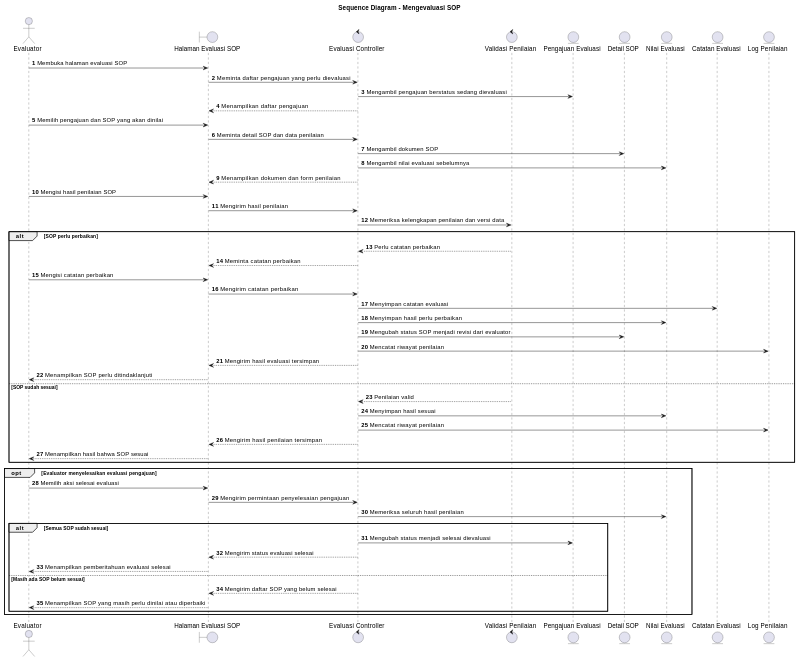
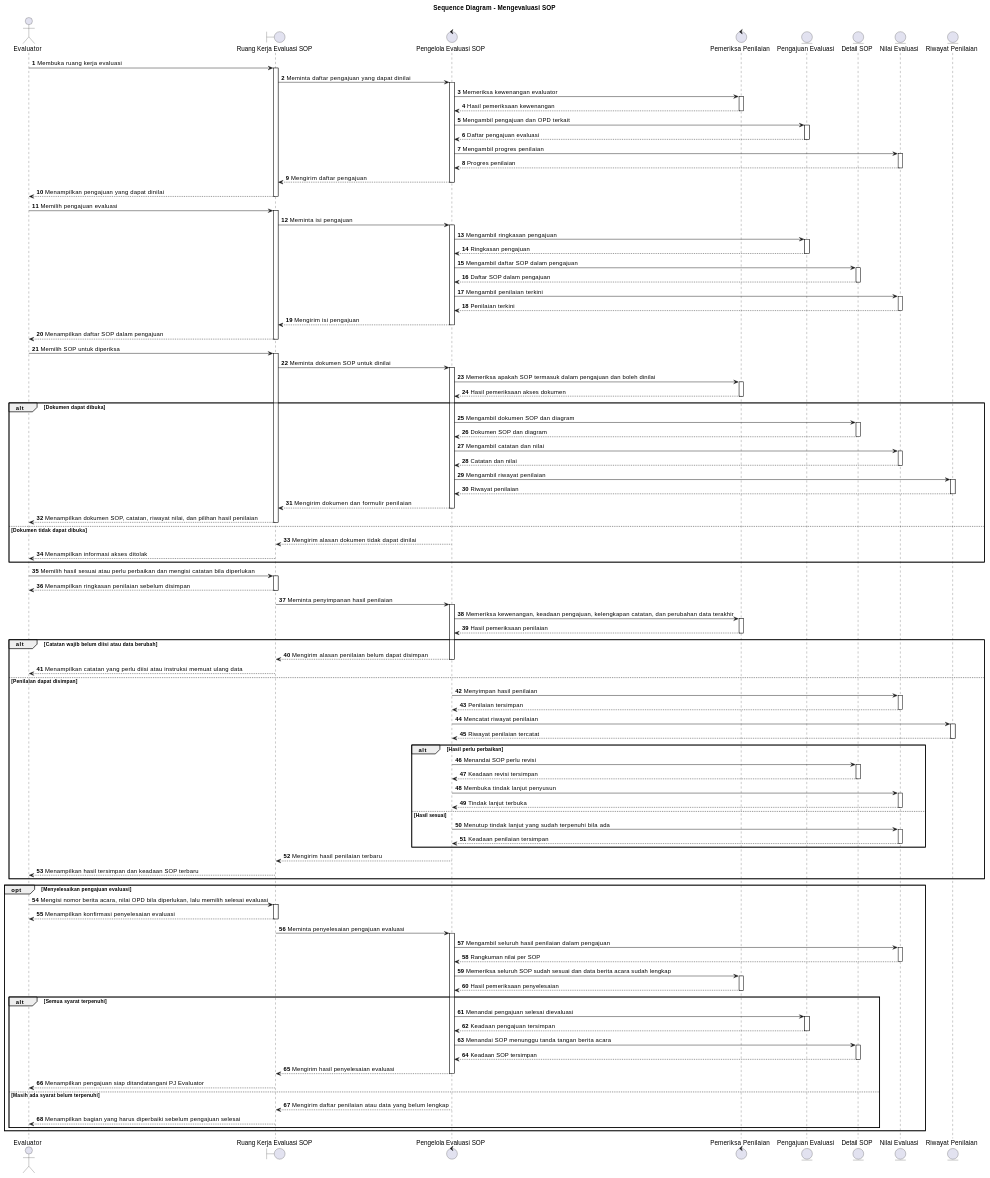
The diagram in docs/sequence/evaluator-mengevaluasi-sop.md (howlil/sop-generate-app), drawn with PlantUML before and after one commit. The commit also changed other lines of this file and 90 other files, not shown here.

```diff
--- a/docs/sequence/evaluator-mengevaluasi-sop.md
+++ b/docs/sequence/evaluator-mengevaluasi-sop.md
@@ -17,62 +17,101 @@
 @startuml
 title Sequence Diagram - Mengevaluasi SOP
 autonumber
+autoactivate on
 
-actor "Evaluator" as Aktor
-boundary "Halaman Evaluasi SOP" as UI
-control "Evaluasi Controller" as EvalCtrl
-control "Validasi Penilaian" as Validasi
+actor "Evaluator" as A
+boundary "Ruang Kerja Evaluasi SOP" as B
+control "Pengelola Evaluasi SOP" as C
+control "Pemeriksa Penilaian" as D
 entity "Pengajuan Evaluasi" as Pengajuan
-entity "Detail SOP" as Detail
+entity "Detail SOP" as DetailSOP
 entity "Nilai Evaluasi" as Nilai
-entity "Catatan Evaluasi" as Catatan
-entity "Log Penilaian" as Log
+entity "Riwayat Penilaian" as RiwayatNilai
 
-Aktor -> UI : Membuka halaman evaluasi SOP
-UI -> EvalCtrl : Meminta daftar pengajuan yang perlu dievaluasi
-EvalCtrl -> Pengajuan : Mengambil pengajuan berstatus sedang dievaluasi
-EvalCtrl --> UI : Menampilkan daftar pengajuan
+A -> B : Membuka ruang kerja evaluasi
+B -> C : Meminta daftar pengajuan yang dapat dinilai
+C -> D : Memeriksa kewenangan evaluator
+D --> C : Hasil pemeriksaan kewenangan
+C -> Pengajuan : Mengambil pengajuan dan OPD terkait
+Pengajuan --> C : Daftar pengajuan evaluasi
+C -> Nilai : Mengambil progres penilaian
+Nilai --> C : Progres penilaian
+C --> B : Mengirim daftar pengajuan
+B --> A : Menampilkan pengajuan yang dapat dinilai
 
-Aktor -> UI : Memilih pengajuan dan SOP yang akan dinilai
-UI -> EvalCtrl : Meminta detail SOP dan data penilaian
-EvalCtrl -> Detail : Mengambil dokumen SOP
-EvalCtrl -> Nilai : Mengambil nilai evaluasi sebelumnya
-EvalCtrl --> UI : Menampilkan dokumen dan form penilaian
+A -> B : Memilih pengajuan evaluasi
+B -> C : Meminta isi pengajuan
+C -> Pengajuan : Mengambil ringkasan pengajuan
+Pengajuan --> C : Ringkasan pengajuan
+C -> DetailSOP : Mengambil daftar SOP dalam pengajuan
+DetailSOP --> C : Daftar SOP dalam pengajuan
+C -> Nilai : Mengambil penilaian terkini
+Nilai --> C : Penilaian terkini
+C --> B : Mengirim isi pengajuan
+B --> A : Menampilkan daftar SOP dalam pengajuan
 
-Aktor -> UI : Mengisi hasil penilaian SOP
-UI -> EvalCtrl : Mengirim hasil penilaian
-EvalCtrl -> Validasi : Memeriksa kelengkapan penilaian dan versi data
-
-alt SOP perlu perbaikan
-  Validasi --> EvalCtrl : Perlu catatan perbaikan
-  EvalCtrl --> UI : Meminta catatan perbaikan
-  Aktor -> UI : Mengisi catatan perbaikan
-  UI -> EvalCtrl : Mengirim catatan perbaikan
-  EvalCtrl -> Catatan : Menyimpan catatan evaluasi
-  EvalCtrl -> Nilai : Menyimpan hasil perlu perbaikan
-  EvalCtrl -> Detail : Mengubah status SOP menjadi revisi dari evaluator
-  EvalCtrl -> Log : Mencatat riwayat penilaian
-  EvalCtrl --> UI : Mengirim hasil evaluasi tersimpan
-  UI --> Aktor : Menampilkan SOP perlu ditindaklanjuti
-else SOP sudah sesuai
-  Validasi --> EvalCtrl : Penilaian valid
-  EvalCtrl -> Nilai : Menyimpan hasil sesuai
-  EvalCtrl -> Log : Mencatat riwayat penilaian
-  EvalCtrl --> UI : Mengirim hasil penilaian tersimpan
-  UI --> Aktor : Menampilkan hasil bahwa SOP sesuai
+A -> B : Memilih SOP untuk diperiksa
+B -> C : Meminta dokumen SOP untuk dinilai
+C -> D : Memeriksa apakah SOP termasuk dalam pengajuan dan boleh dinilai
+D --> C : Hasil pemeriksaan akses dokumen
+alt Dokumen dapat dibuka
+  C -> DetailSOP : Mengambil dokumen SOP dan diagram
+  DetailSOP --> C : Dokumen SOP dan diagram
+  C -> Nilai : Mengambil catatan dan nilai
+  Nilai --> C : Catatan dan nilai
+  C -> RiwayatNilai : Mengambil riwayat penilaian
+  RiwayatNilai --> C : Riwayat penilaian
+  C --> B : Mengirim dokumen dan formulir penilaian
+  B --> A : Menampilkan dokumen SOP, catatan, riwayat nilai, dan pilihan hasil penilaian
+else Dokumen tidak dapat dibuka
+  C --> B : Mengirim alasan dokumen tidak dapat dinilai
+  B --> A : Menampilkan informasi akses ditolak
 end
 
-opt Evaluator menyelesaikan evaluasi pengajuan
-  Aktor -> UI : Memilih aksi selesai evaluasi
-  UI -> EvalCtrl : Mengirim permintaan penyelesaian pengajuan
-  EvalCtrl -> Nilai : Memeriksa seluruh hasil penilaian
-  alt Semua SOP sudah sesuai
-    EvalCtrl -> Pengajuan : Mengubah status menjadi selesai dievaluasi
-    EvalCtrl --> UI : Mengirim status evaluasi selesai
-    UI --> Aktor : Menampilkan pemberitahuan evaluasi selesai
-  else Masih ada SOP belum sesuai
-    EvalCtrl --> UI : Mengirim daftar SOP yang belum selesai
-    UI --> Aktor : Menampilkan SOP yang masih perlu dinilai atau diperbaiki
+A -> B : Memilih hasil sesuai atau perlu perbaikan dan mengisi catatan bila diperlukan
+B --> A : Menampilkan ringkasan penilaian sebelum disimpan
+B -> C : Meminta penyimpanan hasil penilaian
+C -> D : Memeriksa kewenangan, keadaan pengajuan, kelengkapan catatan, dan perubahan data terakhir
+D --> C : Hasil pemeriksaan penilaian
+alt Catatan wajib belum diisi atau data berubah
+  C --> B : Mengirim alasan penilaian belum dapat disimpan
+  B --> A : Menampilkan catatan yang perlu diisi atau instruksi memuat ulang data
+else Penilaian dapat disimpan
+  C -> Nilai : Menyimpan hasil penilaian
+  Nilai --> C : Penilaian tersimpan
+  C -> RiwayatNilai : Mencatat riwayat penilaian
+  RiwayatNilai --> C : Riwayat penilaian tercatat
+  alt Hasil perlu perbaikan
+    C -> DetailSOP : Menandai SOP perlu revisi
+    DetailSOP --> C : Keadaan revisi tersimpan
+    C -> Nilai : Membuka tindak lanjut penyusun
+    Nilai --> C : Tindak lanjut terbuka
+  else Hasil sesuai
+    C -> Nilai : Menutup tindak lanjut yang sudah terpenuhi bila ada
+    Nilai --> C : Keadaan penilaian tersimpan
+  end
+  C --> B : Mengirim hasil penilaian terbaru
+  B --> A : Menampilkan hasil tersimpan dan keadaan SOP terbaru
+end
+
+opt Menyelesaikan pengajuan evaluasi
+  A -> B : Mengisi nomor berita acara, nilai OPD bila diperlukan, lalu memilih selesai evaluasi
+  B --> A : Menampilkan konfirmasi penyelesaian evaluasi
+  B -> C : Meminta penyelesaian pengajuan evaluasi
+  C -> Nilai : Mengambil seluruh hasil penilaian dalam pengajuan
+  Nilai --> C : Rangkuman nilai per SOP
+  C -> D : Memeriksa seluruh SOP sudah sesuai dan data berita acara sudah lengkap
+  D --> C : Hasil pemeriksaan penyelesaian
+  alt Semua syarat terpenuhi
+    C -> Pengajuan : Menandai pengajuan selesai dievaluasi
+    Pengajuan --> C : Keadaan pengajuan tersimpan
+    C -> DetailSOP : Menandai SOP menunggu tanda tangan berita acara
+    DetailSOP --> C : Keadaan SOP tersimpan
+    C --> B : Mengirim hasil penyelesaian evaluasi
+    B --> A : Menampilkan pengajuan siap ditandatangani PJ Evaluator
+  else Masih ada syarat belum terpenuhi
+    C --> B : Mengirim daftar penilaian atau data yang belum lengkap
+    B --> A : Menampilkan bagian yang harus diperbaiki sebelum pengajuan selesai
   end
 end
 
```
